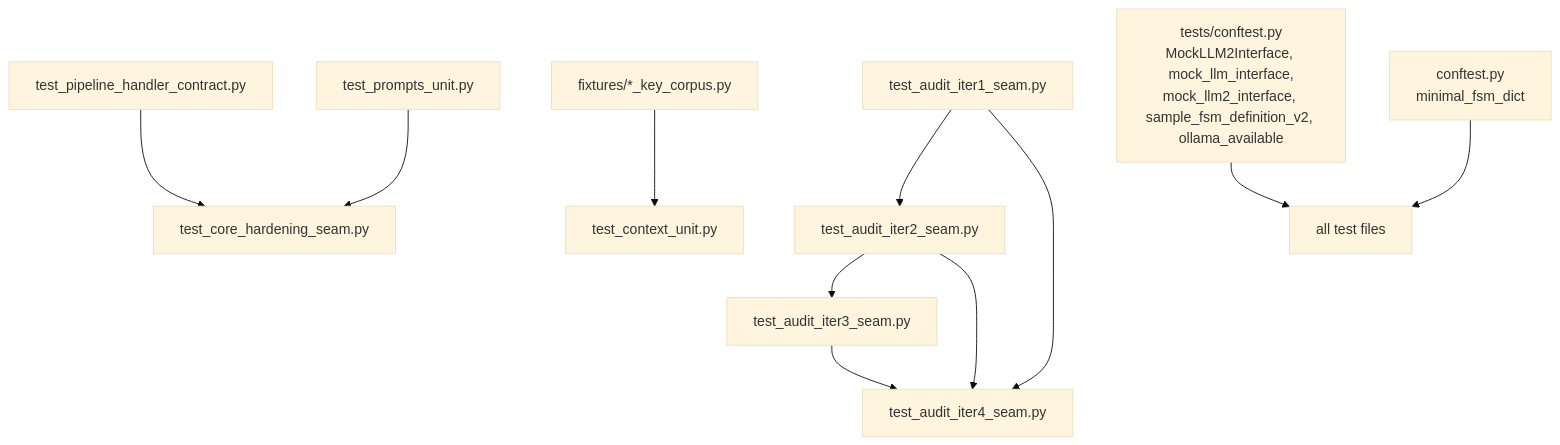
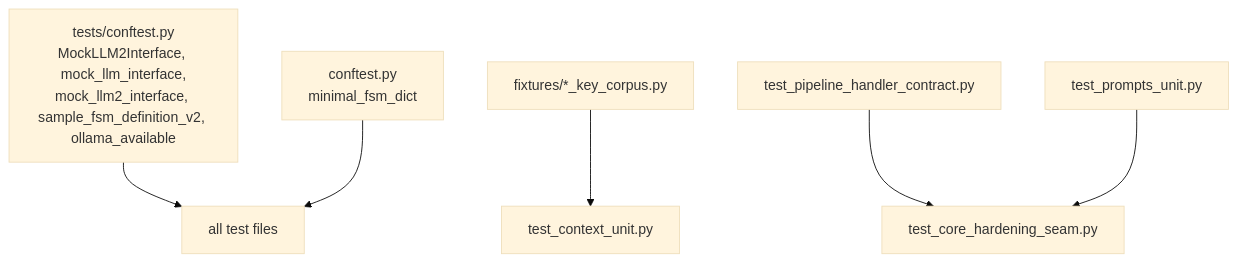
The diagram in tests/test_fsm_llm/AGENTS.md (NikolasMarkou/fsm_llm), drawn with Mermaid (base theme) before and after one commit. The commit also changed other lines of this file and 23 other files, not shown here.

Commit message:
[plan-2026-11-12-d454fd62/iter-1/step-37] test(structure): fold the core iter1-4 seam files

````diff
--- a/tests/test_fsm_llm/AGENTS.md
+++ b/tests/test_fsm_llm/AGENTS.md
@@ -32,15 +32,11 @@
 ```mermaid
 flowchart TD
     root[tests/conftest.py<br/>MockLLM2Interface, mock_llm_interface,<br/>mock_llm2_interface, sample_fsm_definition_v2, ollama_available]
     local[conftest.py<br/>minimal_fsm_dict]
     fx[fixtures/*_key_corpus.py]
-    i1[test_audit_iter1_seam.py] --> i2[test_audit_iter2_seam.py] --> i3[test_audit_iter3_seam.py]
-    i1 --> i4[test_audit_iter4_seam.py]
-    i2 --> i4
-    i3 --> i4
     phc[test_pipeline_handler_contract.py] --> chs[test_core_hardening_seam.py]
     pu[test_prompts_unit.py] --> chs
     fx --> cu[test_context_unit.py]
     root --> T[all test files]
     local --> T
 ```
````
